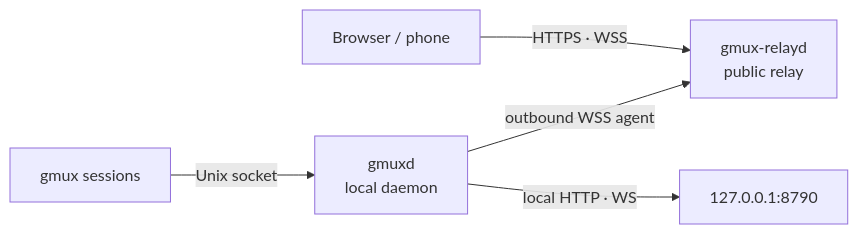
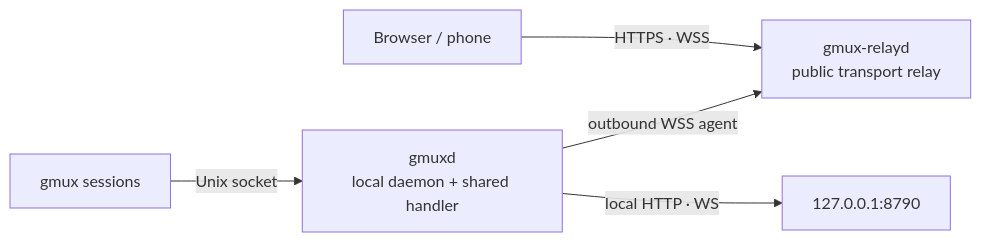
Before and after one commit to btmc0/datai: the third of 3 diagrams in README.md, drawn with Mermaid. The commit also changed other lines of this file and 5 other files, not shown here.

````diff
--- a/README.md
+++ b/README.md
@@ -59,7 +62,7 @@
 ```mermaid
 graph LR
-    browser["Browser / phone"] -->|HTTPS · WSS| relayd["gmux-relayd\npublic relay"]
-    gmuxd["gmuxd\nlocal daemon"] -->|outbound WSS agent| relayd
+    browser["Browser / phone"] -->|HTTPS · WSS| relayd["gmux-relayd\npublic transport relay"]
+    gmuxd["gmuxd\nlocal daemon + shared handler"] -->|outbound WSS agent| relayd
     gmuxd -->|local HTTP · WS| local["127.0.0.1:8790"]
     gmux["gmux sessions"] -->|Unix socket| gmuxd
 ```
````
